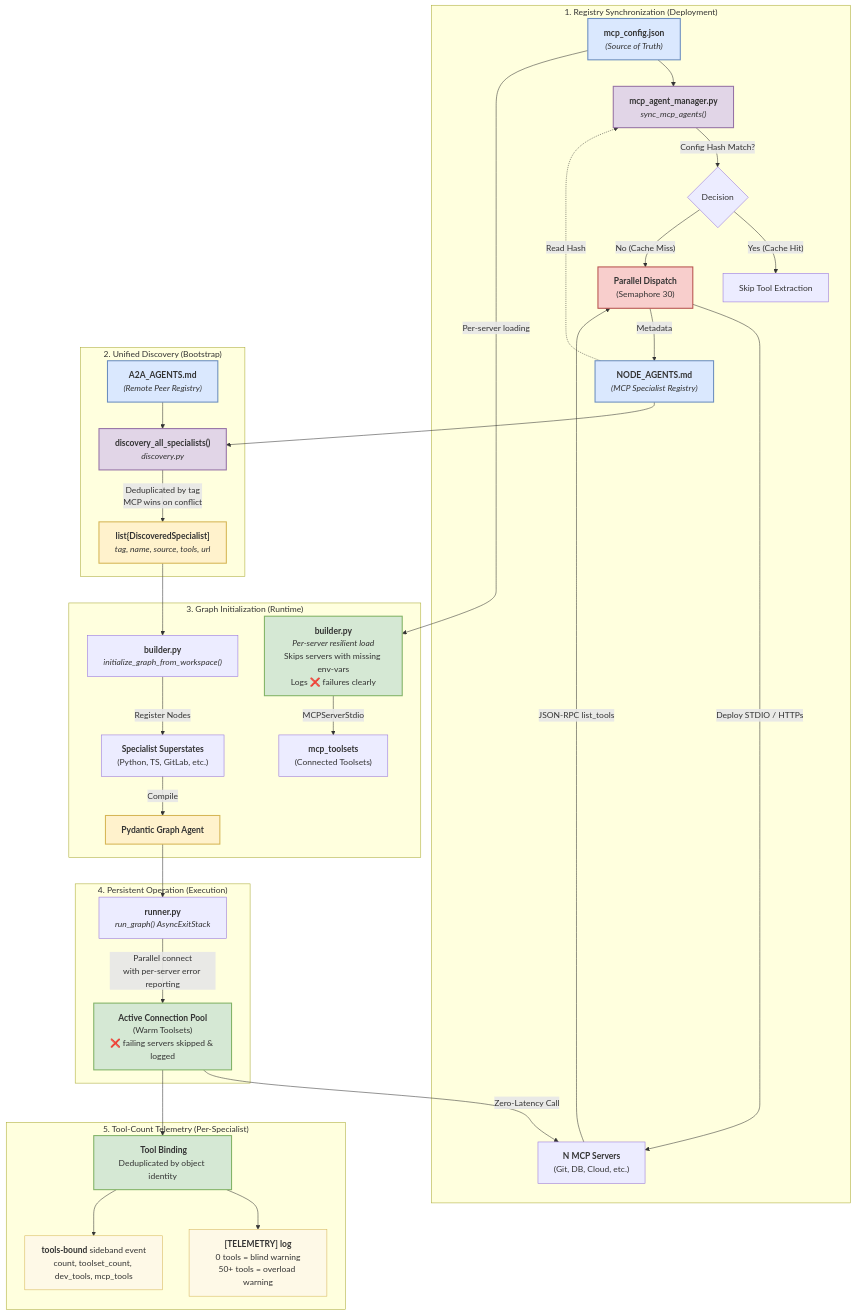
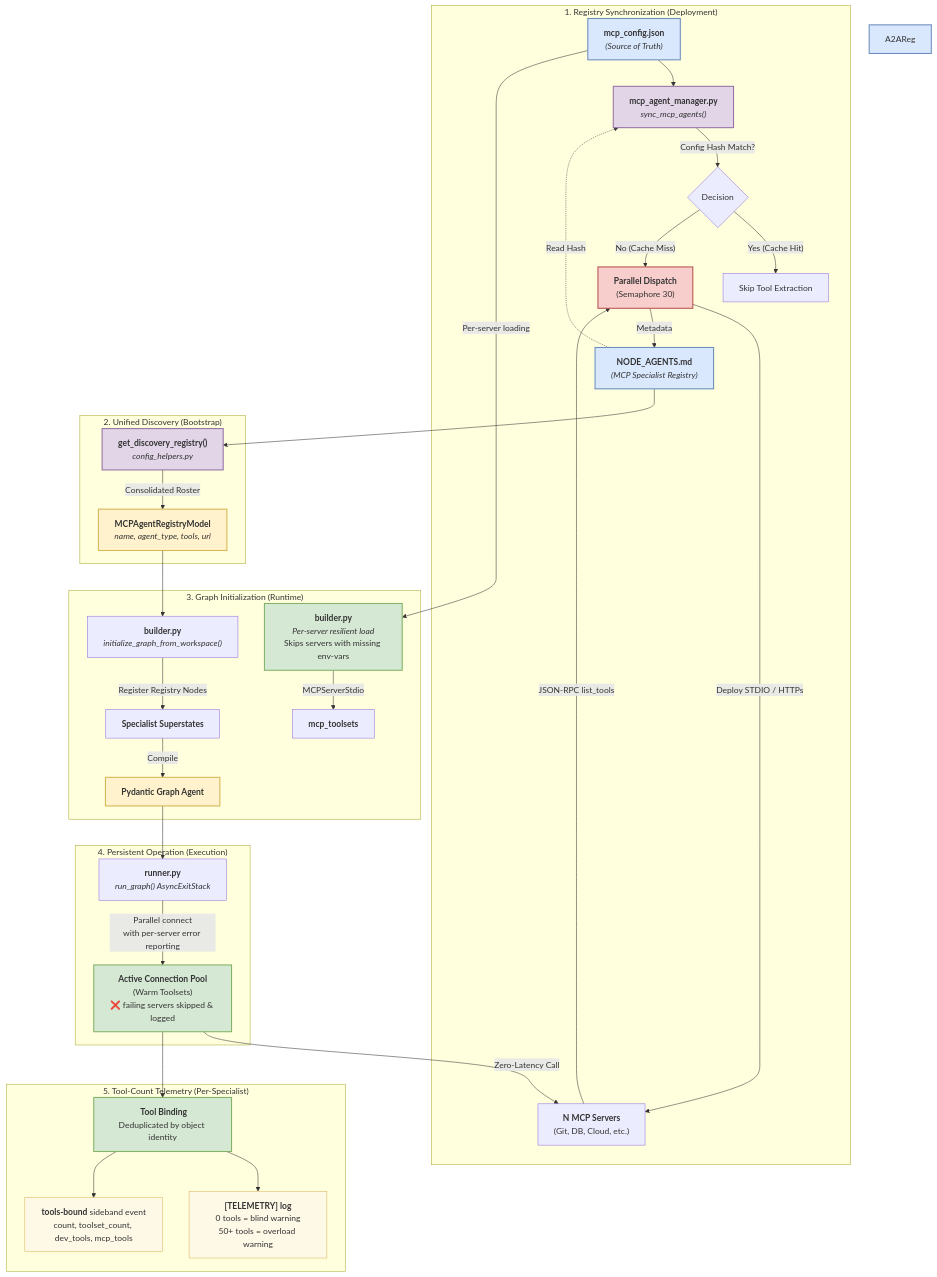
Before and after one commit to Knuckles-Team/agent-utilities: the third of 5 diagrams in AGENTS.md, drawn with Mermaid. The commit also changed other lines of this file and 103 other files, not shown here.

````diff
--- a/AGENTS.md
+++ b/AGENTS.md
@@ -147,56 +150,55 @@
 ```mermaid
 graph TD
     subgraph Registry_Phase ["1. Registry Synchronization (Deployment)"]
         Config["<b>mcp_config.json</b><br/><i>(Source of Truth)</i>"] --> Manager["<b>mcp_agent_manager.py</b><br/><i>sync_mcp_agents()</i>"]
         Registry["<b>NODE_AGENTS.md</b><br/><i>(MCP Specialist Registry)</i>"] -.->|Read Hash| Manager
 
         Manager -->|Config Hash Match?| Branch{Decision}
         Branch -- "Yes (Cache Hit)" --> Skip["Skip Tool Extraction"]
         Branch -- "No (Cache Miss)" --> Parallel["<b>Parallel Dispatch</b><br/>(Semaphore 30)"]
 
         Parallel -->|Deploy STDIO / HTTPs| Servers["<b>N MCP Servers</b><br/>(Git, DB, Cloud, etc.)"]
         Servers -->|JSON-RPC list_tools| Parallel
         Parallel -->|Metadata| Registry
     end
 
     subgraph Unified_Discovery ["2. Unified Discovery (Bootstrap)"]
-        Registry --> UAL["<b>discovery_all_specialists()</b><br/><i>discovery.py</i>"]
-        A2AReg["<b>A2A_AGENTS.md</b><br/><i>(Remote Peer Registry)</i>"] --> UAL
-        UAL -->|Deduplicated by tag<br/>MCP wins on conflict| Roster["<b>list{DiscoveredSpecialist]</b><br/><i>tag, name, source, tools, url</i>"]
+        Registry --> UAL["<b>get_discovery_registry()</b><br/><i>config_helpers.py</i>"]
+        UAL -->|Consolidated Roster| Roster["<b>MCPAgentRegistryModel</b><br/><i>name, agent_type, tools, url</i>"]
     end
 
     subgraph Initialization_Phase ["3. Graph Initialization (Runtime)"]
-        Config -->|Per-server loading| Loader["<b>builder.py</b><br/><i>Per-server resilient load</i><br/>Skips servers with missing env-vars<br/>Logs ❌ failures clearly"]
+        Config -->|Per-server loading| Loader["<b>builder.py</b><br/><i>Per-server resilient load</i><br/>Skips servers with missing env-vars"]
         Roster --> Builder["<b>builder.py</b><br/><i>initialize_graph_from_workspace()</i>"]
-        Loader -->|MCPServerStdio| ToolPool["<b>mcp_toolsets</b><br/>(Connected Toolsets)"]
-        Builder -->|Register Nodes| Specialists["<b>Specialist Superstates</b><br/>(Python, TS, GitLab, etc.)"]
+        Loader -->|MCPServerStdio| ToolPool["<b>mcp_toolsets</b>"]
+        Builder -->|Register Registry Nodes| Specialists["<b>Specialist Superstates</b>"]
         Specialists -->|Compile| Graph["<b>Pydantic Graph Agent</b>"]
     end
 
     subgraph Operation_Phase ["4. Persistent Operation (Execution)"]
         Graph --> Lifespan["<b>runner.py</b><br/><i>run_graph() AsyncExitStack</i>"]
         Lifespan -->|Parallel connect<br/>with per-server error reporting| ConnPool["<b>Active Connection Pool</b><br/>(Warm Toolsets)<br/>❌ failing servers skipped & logged"]
         ConnPool -->|Zero-Latency Call| Servers
     end
 
     subgraph Telemetry_Phase ["5. Tool-Count Telemetry (Per-Specialist)"]
         ConnPool --> Bind["<b> Tool Binding</b><br/>Deduplicated by object identity"]
         Bind --> TelLog["<b>[TELEMETRY] log</b><br/>0 tools = blind warning<br/>50+ tools = overload warning"]
         Bind --> TelEvent["<b>tools-bound</b> sideband event<br/>count, toolset_count, dev_tools, mcp_tools"]
     end
 
     %% Styling
     style Config fill:#dae8fe,stroke:#6c8ebf,stroke-width:2px
     style Registry fill:#dae8fe,stroke:#6c8ebf,stroke-width:2px
     style A2AReg fill:#dae8fe,stroke:#6c8ebf,stroke-width:2px
     style Manager fill:#e1d5e7,stroke:#9673a6,stroke-width:2px
     style Parallel fill:#f8cecc,stroke:#b85450,stroke-width:2px
     style ConnPool fill:#d5e8d4,stroke:#82b366,stroke-width:2px
     style Graph fill:#fff2cc,stroke:#d6b656,stroke-width:2px
     style Loader fill:#d5e8d4,stroke:#82b366,stroke-width:2px
     style UAL fill:#e1d5e7,stroke:#9673a6,stroke-width:2px
     style Roster fill:#fff2cc,stroke:#d6b656,stroke-width:2px
     style Bind fill:#d5e8d4,stroke:#82b366,stroke-width:2px
     style TelLog fill:#fef9e7,stroke:#d6b656,stroke-width:1px
     style TelEvent fill:#fef9e7,stroke:#d6b656,stroke-width:1px
 ```
````
